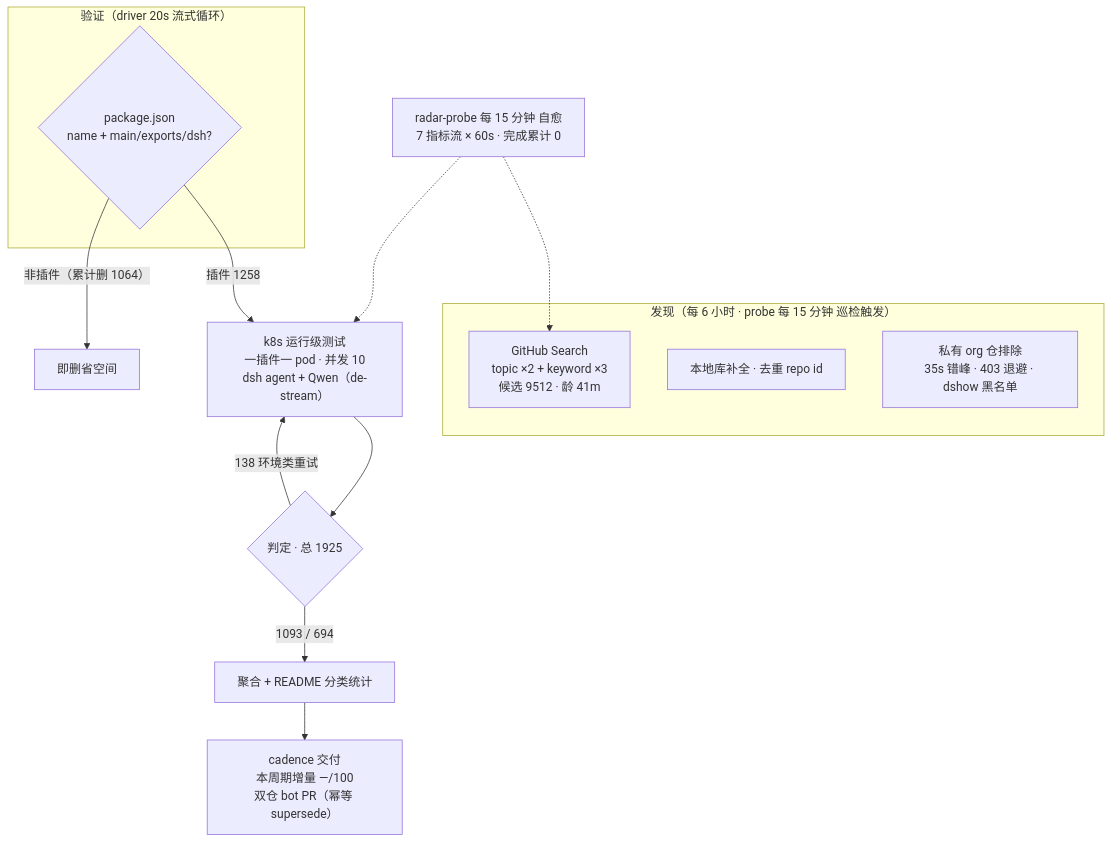
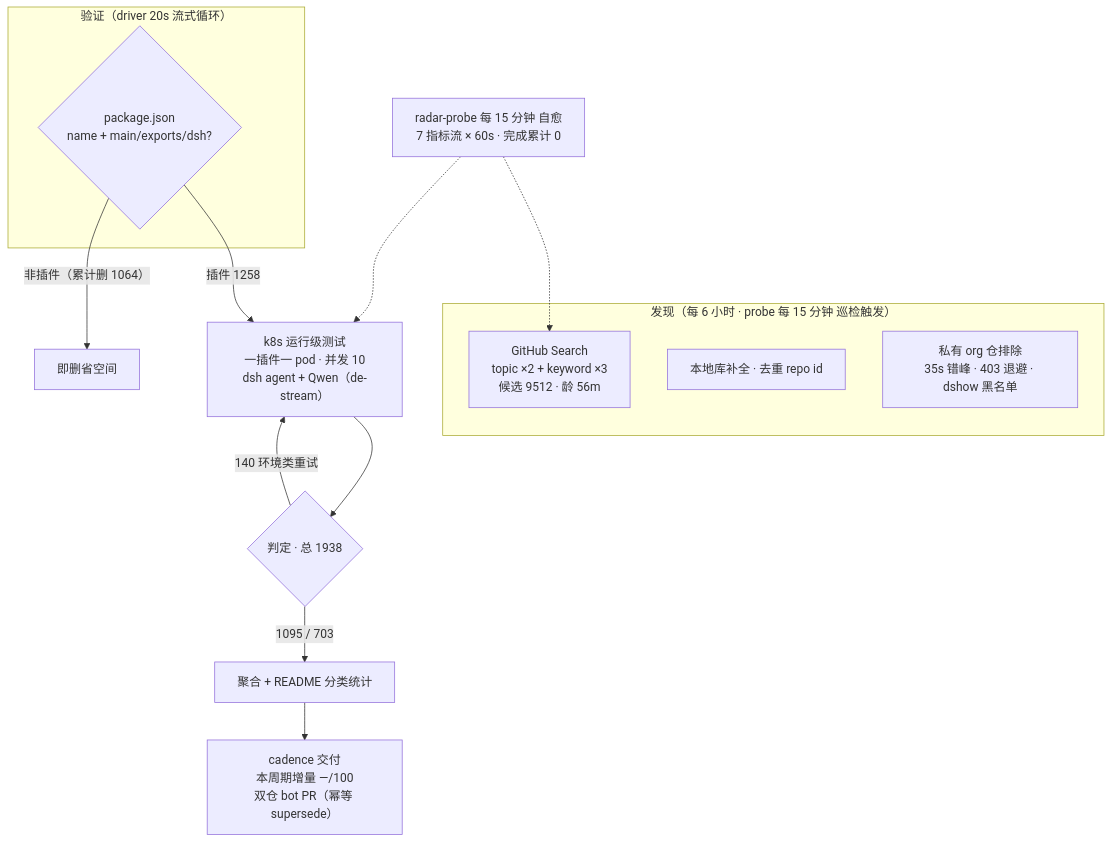
The diagram in README.md (Zhidao-Lab-OSS/awesome-dsh-plugins), drawn with Mermaid before and after one commit. The commit also changed other lines of this file and 1 other file, not shown here.

````diff
--- a/README.md
+++ b/README.md
@@ -37,19 +37,19 @@
 ```mermaid
 flowchart TB
     subgraph Discovery[" 发现（每 6 小时 · probe 每 15 分钟 巡检触发）"]
-        A1["GitHub Search<br/>topic ×2 + keyword ×3<br/>候选 9512 · 龄 41m"]
+        A1["GitHub Search<br/>topic ×2 + keyword ×3<br/>候选 9512 · 龄 56m"]
         A2["本地库补全 · 去重 repo id"]
         A3[" 私有 org 仓排除<br/>35s 错峰 · 403 退避 · dshow 黑名单"]
     end
     subgraph Validation[" 验证（driver 20s 流式循环）"]
         B1{"package.json<br/>name + main/exports/dsh?"}
     end
     B1 -->|"插件 1258"| C1["k8s 运行级测试<br/>一插件一 pod · 并发 10<br/>dsh agent + Qwen（de-stream）"]
     B1 -->|"非插件（累计删 1064）"| B3[" 即删省空间"]
-    C1 --> D1{"判定 · 总 1925"}
-    D1 -->|" 1093 /  694"| E1["聚合 + README 分类统计"]
-    D1 -->|" 138 环境类重试"| C1
+    C1 --> D1{"判定 · 总 1938"}
+    D1 -->|" 1095 /  703"| E1["聚合 + README 分类统计"]
+    D1 -->|" 140 环境类重试"| C1
     E1 --> E2["cadence 交付<br/>本周期增量 —/100<br/>双仓 bot PR（幂等 supersede）"]
     M[" radar-probe 每 15 分钟 自愈<br/>7 指标流 × 60s · 完成累计 0"] -.-> A1
     M -.-> C1
 ```
````
